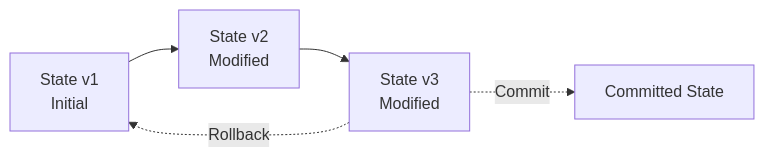
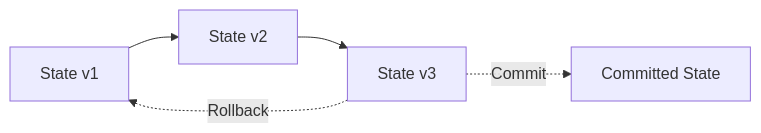
Before and after one commit to nexepic/zyx: the eighth of 9 diagrams in docs/en/architecture/transactions.md, drawn with Mermaid. The commit also changed other lines of this file and 21 other files, not shown here.

First line of the commit message:
fix: resolve Mermaid diagram display issues in VitePress

````diff
--- a/docs/en/architecture/transactions.md
+++ b/docs/en/architecture/transactions.md
@@ -190,7 +190,7 @@
 ```mermaid
 graph LR
-    S1[State v1<br/>Initial] --> S2[State v2<br/>Modified]
-    S2 --> S3[State v3<br/>Modified]
+    S1[State v1] --> S2[State v2]
+    S2 --> S3[State v3]
     S3 -.->|Commit| S4[Committed State]
     S3 -.->|Rollback| S1
 ```
````
